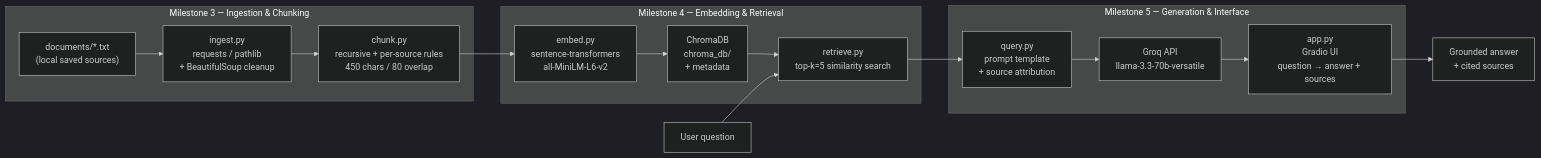
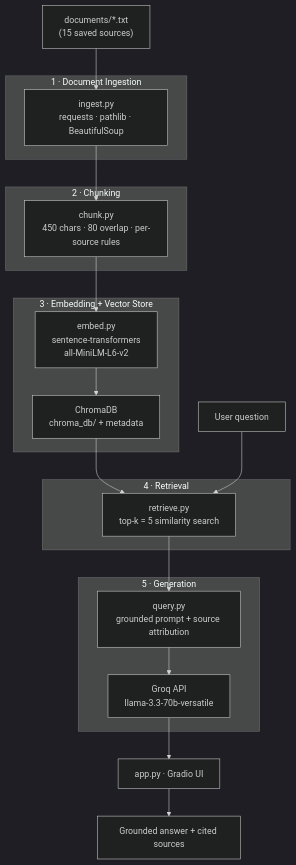
Before and after one commit to Nick-Aurel/ai201-project1-unofficial-guide-starter: the diagram in planning.md, drawn with Mermaid (dark theme). The commit also changed other lines of this file and 15 other files, not shown here.

````diff
--- a/planning.md
+++ b/planning.md
@@ -159,22 +175,38 @@
 ```mermaid
-flowchart LR
-    subgraph M3["Milestone 3 — Ingestion & Chunking"]
-        A["documents/*.txt\n(local saved sources)"] --> B["ingest.py\nrequests / pathlib\n+ BeautifulSoup cleanup"]
-        B --> C["chunk.py\nrecursive + per-source rules\n450 chars / 80 overlap"]
+flowchart TB
+    docs["documents/*.txt<br/>(15 saved sources)"]
+    question["User question"]
+
+    subgraph stage1["1 · Document Ingestion"]
+        ingest["ingest.py<br/>requests · pathlib · BeautifulSoup"]
     end
 
-    subgraph M4["Milestone 4 — Embedding & Retrieval"]
-        C --> D["embed.py\nsentence-transformers\nall-MiniLM-L6-v2"]
-        D --> E["ChromaDB\nchroma_db/\n+ metadata"]
-        E --> F["retrieve.py\ntop-k=5 similarity search"]
+    subgraph stage2["2 · Chunking"]
+        chunk["chunk.py<br/>450 chars · 80 overlap · per-source rules"]
     end
 
-    subgraph M5["Milestone 5 — Generation & Interface"]
-        F --> G["query.py\nprompt template\n+ source attribution"]
-        G --> H["Groq API\nllama-3.3-70b-versatile"]
-        H --> I["app.py\nGradio UI\nquestion → answer + sources"]
+    subgraph stage3["3 · Embedding + Vector Store"]
+        embed["embed.py<br/>sentence-transformers<br/>all-MiniLM-L6-v2"]
+        chroma["ChromaDB<br/>chroma_db/ + metadata"]
+        embed --> chroma
     end
 
-    Q["User question"] --> F
-    I --> R["Grounded answer\n+ cited sources"]
+    subgraph stage4["4 · Retrieval"]
+        retrieve["retrieve.py<br/>top-k = 5 similarity search"]
+    end
+
+    subgraph stage5["5 · Generation"]
+        query["query.py<br/>grounded prompt + source attribution"]
+        groq["Groq API<br/>llama-3.3-70b-versatile"]
+        query --> groq
+    end
+
+    app["app.py · Gradio UI"]
+    answer["Grounded answer + cited sources"]
+
+    docs --> ingest --> chunk --> embed
+    chroma --> retrieve
+    question --> retrieve
+    retrieve --> query
+    groq --> app --> answer
 ```
````
